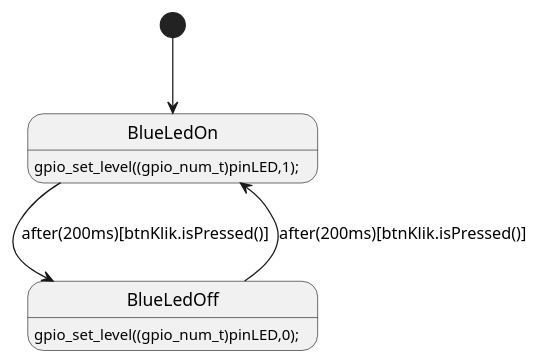
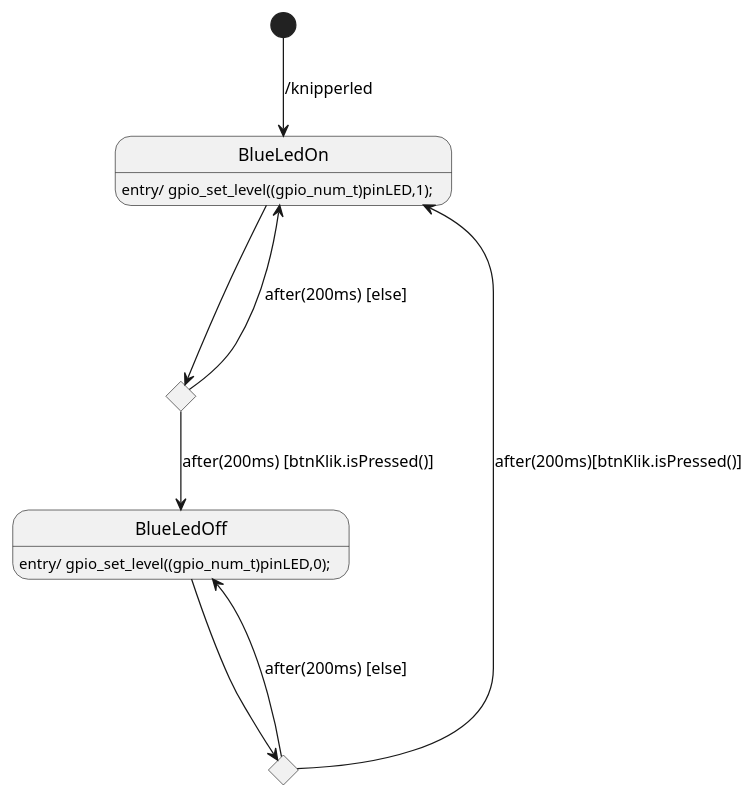
Before and after one commit to HU-TI-DEV/TI-S3: the diagram in software/modelleren/plantuml/test.plantuml, drawn with PlantUML. The commit also changed 2 other files, not shown here.

```diff
--- a/software/modelleren/plantuml/test.plantuml
+++ b/software/modelleren/plantuml/test.plantuml
@@ -2,12 +2,20 @@
 @startuml
 
-[*] --> BlueLedOn
 
-BlueLedOn --> BlueLedOff : after(200ms)[btnKlik.isPressed()]
-BlueLedOff --> BlueLedOn : after(200ms)[btnKlik.isPressed()]
-
-BlueLedOn : gpio_set_level((gpio_num_t)pinLED,1);
-BlueLedOff : gpio_set_level((gpio_num_t)pinLED,0);
+[*] --> BlueLedOn : /knipperled
 
 
+BlueLedOn : entry/ gpio_set_level((gpio_num_t)pinLED,1);
+BlueLedOff : entry/ gpio_set_level((gpio_num_t)pinLED,0);
+
+state c1 <<choice>>
+state c2 <<choice>>
+
+BlueLedOn --> c1 
+c1 --> BlueLedOff : after(200ms) [btnKlik.isPressed()]
+c1 ---> BlueLedOn : after(200ms) [else]
+BlueLedOff --> c2 
+c2 ---> BlueLedOn : after(200ms)[btnKlik.isPressed()]
+c2 ---> BlueLedOff : after(200ms) [else]
+
 @enduml
```
